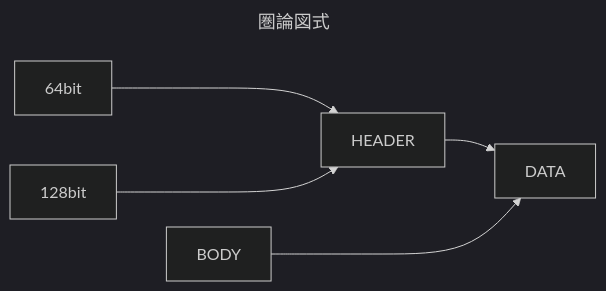
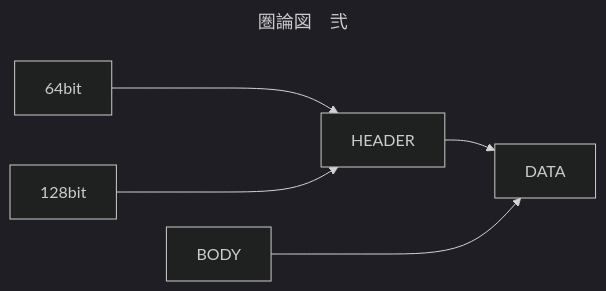
The first of 3 diagrams in m1.md (zanjibar/zanjibar.github.io), drawn with Mermaid (dark theme) before and after one commit.

````diff
--- a/m1.md
+++ b/m1.md
@@ -1,9 +1,9 @@
 ```mermaid
 ---
-title: 圏論図式　
+title: 圏論図　弐
 ---
 flowchart LR
     h1["64bit"]--->HEADER-->DATA
     h2["128bit"]--->HEADER
     b[BODY]--->DATA
 ```
````
